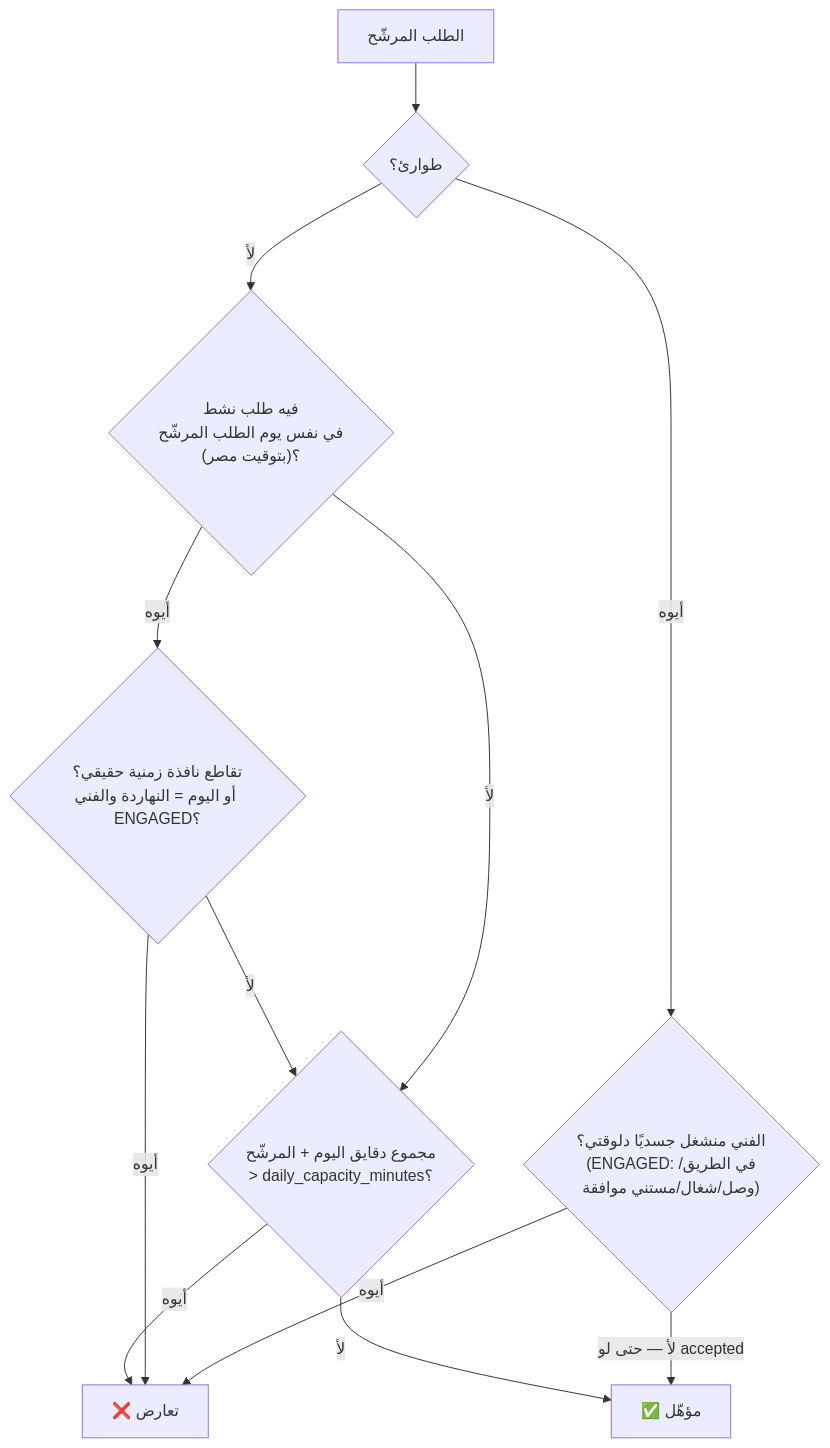
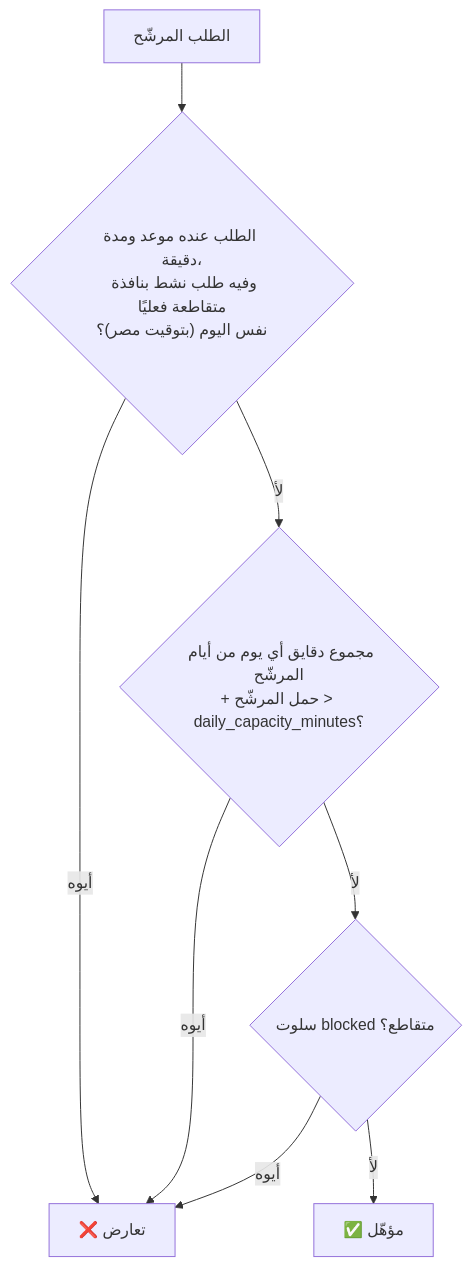
Before and after one commit to youssefelsane-hash/portalSp: the second of 2 diagrams in docs/system-audit/04-MATCHING-ENGINE.md, drawn with Mermaid. The commit also changed other lines of this file and 10 other files, not shown here.

````diff
--- a/docs/system-audit/04-MATCHING-ENGINE.md
+++ b/docs/system-audit/04-MATCHING-ENGINE.md
@@ -72,14 +73,10 @@
 ```mermaid
 flowchart TD
-    S[الطلب المرشّح] --> E{طوارئ؟}
-    E -->|أيوه| E1{"الفني منشغل جسديًا دلوقتي؟<br/>(ENGAGED: في الطريق/وصل/شغال/مستني موافقة)"}
-    E1 -->|أيوه| X[❌ تعارض]
-    E1 -->|لأ — حتى لو accepted| OK[✅ مؤهّل]
-    E -->|لأ| N1{"فيه طلب نشط<br/>في نفس يوم الطلب المرشّح<br/>(بتوقيت مصر)؟"}
-    N1 -->|لأ| N3
-    N1 -->|أيوه| N2{"تقاطع نافذة زمنية حقيقي؟<br/>أو اليوم = النهاردة والفني ENGAGED؟"}
-    N2 -->|أيوه| X
-    N2 -->|لأ| N3{"مجموع دقايق اليوم + المرشّح<br/>> daily_capacity_minutes؟"}
+    S[الطلب المرشّح] --> N1{"الطلب عنده موعد ومدة دقيقة،<br/>وفيه طلب نشط بنافذة متقاطعة فعليًا<br/>نفس اليوم (بتوقيت مصر)؟"}
+    N1 -->|أيوه| X[❌ تعارض]
+    N1 -->|لأ| N3{"مجموع دقايق أي يوم من أيام المرشّح<br/>+ حمل المرشّح > daily_capacity_minutes؟"}
     N3 -->|أيوه| X
-    N3 -->|لأ| OK
+    N3 -->|لأ| B{"سلوت blocked متقاطع؟"}
+    B -->|أيوه| X
+    B -->|لأ| OK[✅ مؤهّل]
 ```
````
